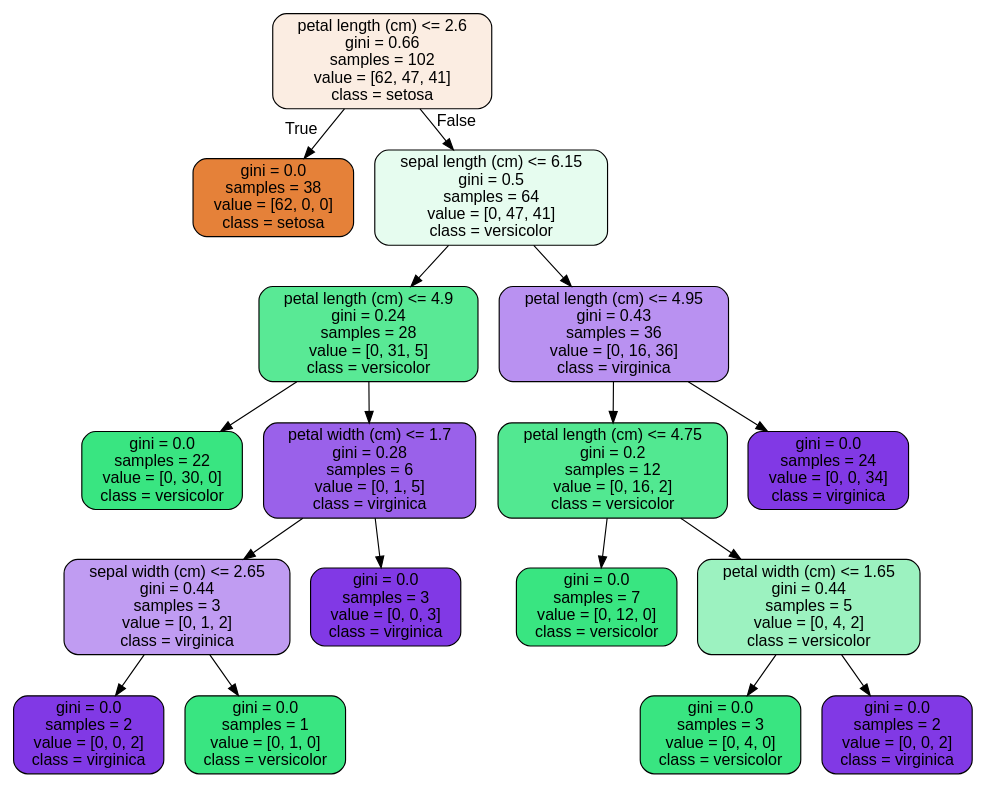
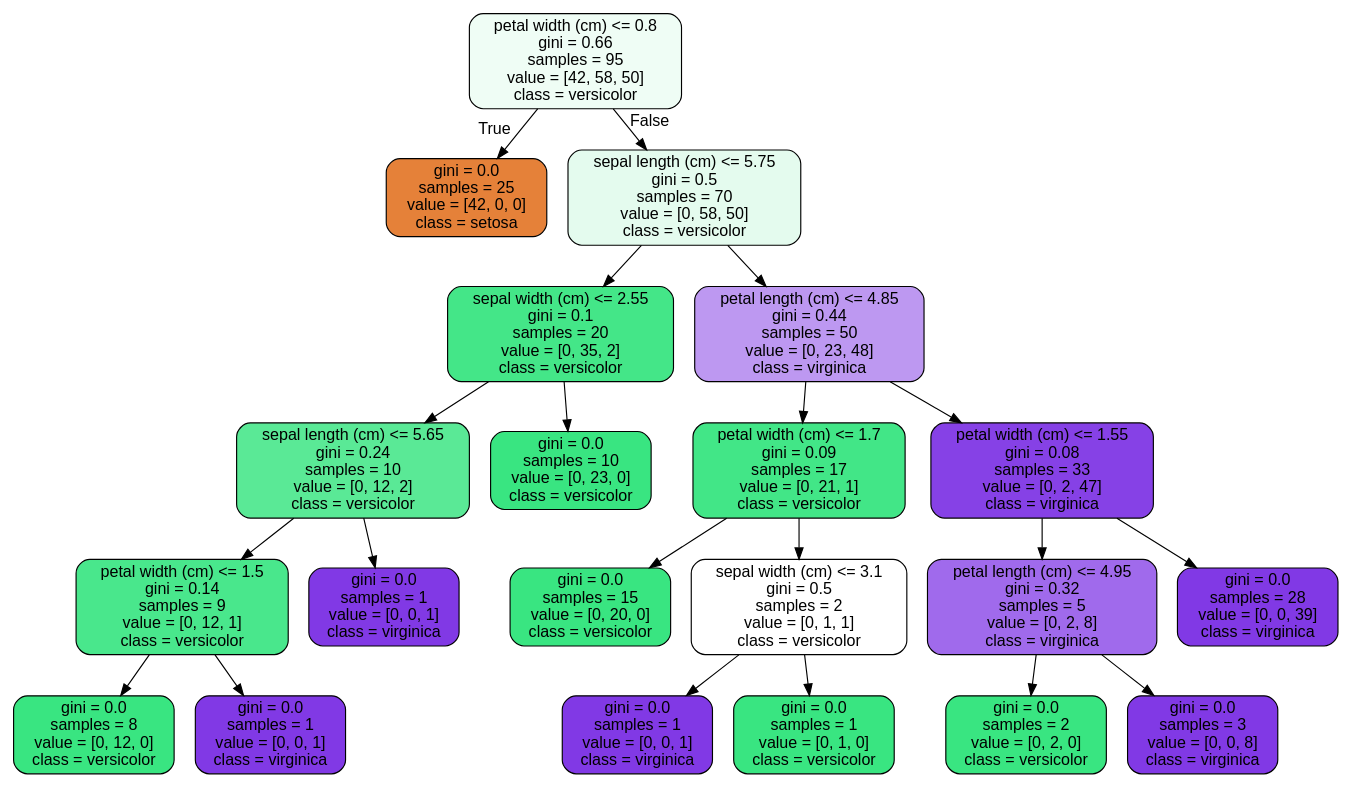
The diagram in Mini-Projects/RandomForest_CaseStudy/tree.dot (WillRobinson152/DS_Assingments), drawn with Graphviz before and after one commit. The commit also changed 6 other files, not shown here.

```diff
--- a/Mini-Projects/RandomForest_CaseStudy/tree.dot
+++ b/Mini-Projects/RandomForest_CaseStudy/tree.dot
@@ -1,37 +1,45 @@
 digraph Tree {
 node [shape=box, style="filled, rounded", color="black", fontname=helvetica] ;
 edge [fontname=helvetica] ;
-0 [label="petal length (cm) <= 2.6\ngini = 0.66\nsamples = 102\nvalue = [62, 47, 41]\nclass = setosa", fillcolor="#fbede2"] ;
-1 [label="gini = 0.0\nsamples = 38\nvalue = [62, 0, 0]\nclass = setosa", fillcolor="#e58139"] ;
+0 [label="petal width (cm) <= 0.8\ngini = 0.66\nsamples = 95\nvalue = [42, 58, 50]\nclass = versicolor", fillcolor="#effdf5"] ;
+1 [label="gini = 0.0\nsamples = 25\nvalue = [42, 0, 0]\nclass = setosa", fillcolor="#e58139"] ;
 0 -> 1 [labeldistance=2.5, labelangle=45, headlabel="True"] ;
-2 [label="sepal length (cm) <= 6.15\ngini = 0.5\nsamples = 64\nvalue = [0, 47, 41]\nclass = versicolor", fillcolor="#e6fcef"] ;
+2 [label="sepal length (cm) <= 5.75\ngini = 0.5\nsamples = 70\nvalue = [0, 58, 50]\nclass = versicolor", fillcolor="#e4fbee"] ;
 0 -> 2 [labeldistance=2.5, labelangle=-45, headlabel="False"] ;
-3 [label="petal length (cm) <= 4.9\ngini = 0.24\nsamples = 28\nvalue = [0, 31, 5]\nclass = versicolor", fillcolor="#59e995"] ;
+3 [label="sepal width (cm) <= 2.55\ngini = 0.1\nsamples = 20\nvalue = [0, 35, 2]\nclass = versicolor", fillcolor="#44e688"] ;
 2 -> 3 ;
-4 [label="gini = 0.0\nsamples = 22\nvalue = [0, 30, 0]\nclass = versicolor", fillcolor="#39e581"] ;
+4 [label="sepal length (cm) <= 5.65\ngini = 0.24\nsamples = 10\nvalue = [0, 12, 2]\nclass = versicolor", fillcolor="#5ae996"] ;
 3 -> 4 ;
-5 [label="petal width (cm) <= 1.7\ngini = 0.28\nsamples = 6\nvalue = [0, 1, 5]\nclass = virginica", fillcolor="#9a61ea"] ;
-3 -> 5 ;
-6 [label="sepal width (cm) <= 2.65\ngini = 0.44\nsamples = 3\nvalue = [0, 1, 2]\nclass = virginica", fillcolor="#c09cf2"] ;
+5 [label="petal width (cm) <= 1.5\ngini = 0.14\nsamples = 9\nvalue = [0, 12, 1]\nclass = versicolor", fillcolor="#49e78c"] ;
+4 -> 5 ;
+6 [label="gini = 0.0\nsamples = 8\nvalue = [0, 12, 0]\nclass = versicolor", fillcolor="#39e581"] ;
 5 -> 6 ;
-7 [label="gini = 0.0\nsamples = 2\nvalue = [0, 0, 2]\nclass = virginica", fillcolor="#8139e5"] ;
-6 -> 7 ;
-8 [label="gini = 0.0\nsamples = 1\nvalue = [0, 1, 0]\nclass = versicolor", fillcolor="#39e581"] ;
-6 -> 8 ;
-9 [label="gini = 0.0\nsamples = 3\nvalue = [0, 0, 3]\nclass = virginica", fillcolor="#8139e5"] ;
-5 -> 9 ;
-10 [label="petal length (cm) <= 4.95\ngini = 0.43\nsamples = 36\nvalue = [0, 16, 36]\nclass = virginica", fillcolor="#b991f1"] ;
+7 [label="gini = 0.0\nsamples = 1\nvalue = [0, 0, 1]\nclass = virginica", fillcolor="#8139e5"] ;
+5 -> 7 ;
+8 [label="gini = 0.0\nsamples = 1\nvalue = [0, 0, 1]\nclass = virginica", fillcolor="#8139e5"] ;
+4 -> 8 ;
+9 [label="gini = 0.0\nsamples = 10\nvalue = [0, 23, 0]\nclass = versicolor", fillcolor="#39e581"] ;
+3 -> 9 ;
+10 [label="petal length (cm) <= 4.85\ngini = 0.44\nsamples = 50\nvalue = [0, 23, 48]\nclass = virginica", fillcolor="#bd98f1"] ;
 2 -> 10 ;
-11 [label="petal length (cm) <= 4.75\ngini = 0.2\nsamples = 12\nvalue = [0, 16, 2]\nclass = versicolor", fillcolor="#52e891"] ;
+11 [label="petal width (cm) <= 1.7\ngini = 0.09\nsamples = 17\nvalue = [0, 21, 1]\nclass = versicolor", fillcolor="#42e687"] ;
 10 -> 11 ;
-12 [label="gini = 0.0\nsamples = 7\nvalue = [0, 12, 0]\nclass = versicolor", fillcolor="#39e581"] ;
+12 [label="gini = 0.0\nsamples = 15\nvalue = [0, 20, 0]\nclass = versicolor", fillcolor="#39e581"] ;
 11 -> 12 ;
-13 [label="petal width (cm) <= 1.65\ngini = 0.44\nsamples = 5\nvalue = [0, 4, 2]\nclass = versicolor", fillcolor="#9cf2c0"] ;
+13 [label="sepal width (cm) <= 3.1\ngini = 0.5\nsamples = 2\nvalue = [0, 1, 1]\nclass = versicolor", fillcolor="#ffffff"] ;
 11 -> 13 ;
-14 [label="gini = 0.0\nsamples = 3\nvalue = [0, 4, 0]\nclass = versicolor", fillcolor="#39e581"] ;
+14 [label="gini = 0.0\nsamples = 1\nvalue = [0, 0, 1]\nclass = virginica", fillcolor="#8139e5"] ;
 13 -> 14 ;
-15 [label="gini = 0.0\nsamples = 2\nvalue = [0, 0, 2]\nclass = virginica", fillcolor="#8139e5"] ;
+15 [label="gini = 0.0\nsamples = 1\nvalue = [0, 1, 0]\nclass = versicolor", fillcolor="#39e581"] ;
 13 -> 15 ;
-16 [label="gini = 0.0\nsamples = 24\nvalue = [0, 0, 34]\nclass = virginica", fillcolor="#8139e5"] ;
+16 [label="petal width (cm) <= 1.55\ngini = 0.08\nsamples = 33\nvalue = [0, 2, 47]\nclass = virginica", fillcolor="#8641e6"] ;
 10 -> 16 ;
+17 [label="petal length (cm) <= 4.95\ngini = 0.32\nsamples = 5\nvalue = [0, 2, 8]\nclass = virginica", fillcolor="#a06aec"] ;
+16 -> 17 ;
+18 [label="gini = 0.0\nsamples = 2\nvalue = [0, 2, 0]\nclass = versicolor", fillcolor="#39e581"] ;
+17 -> 18 ;
+19 [label="gini = 0.0\nsamples = 3\nvalue = [0, 0, 8]\nclass = virginica", fillcolor="#8139e5"] ;
+17 -> 19 ;
+20 [label="gini = 0.0\nsamples = 28\nvalue = [0, 0, 39]\nclass = virginica", fillcolor="#8139e5"] ;
+16 -> 20 ;
 }
```
